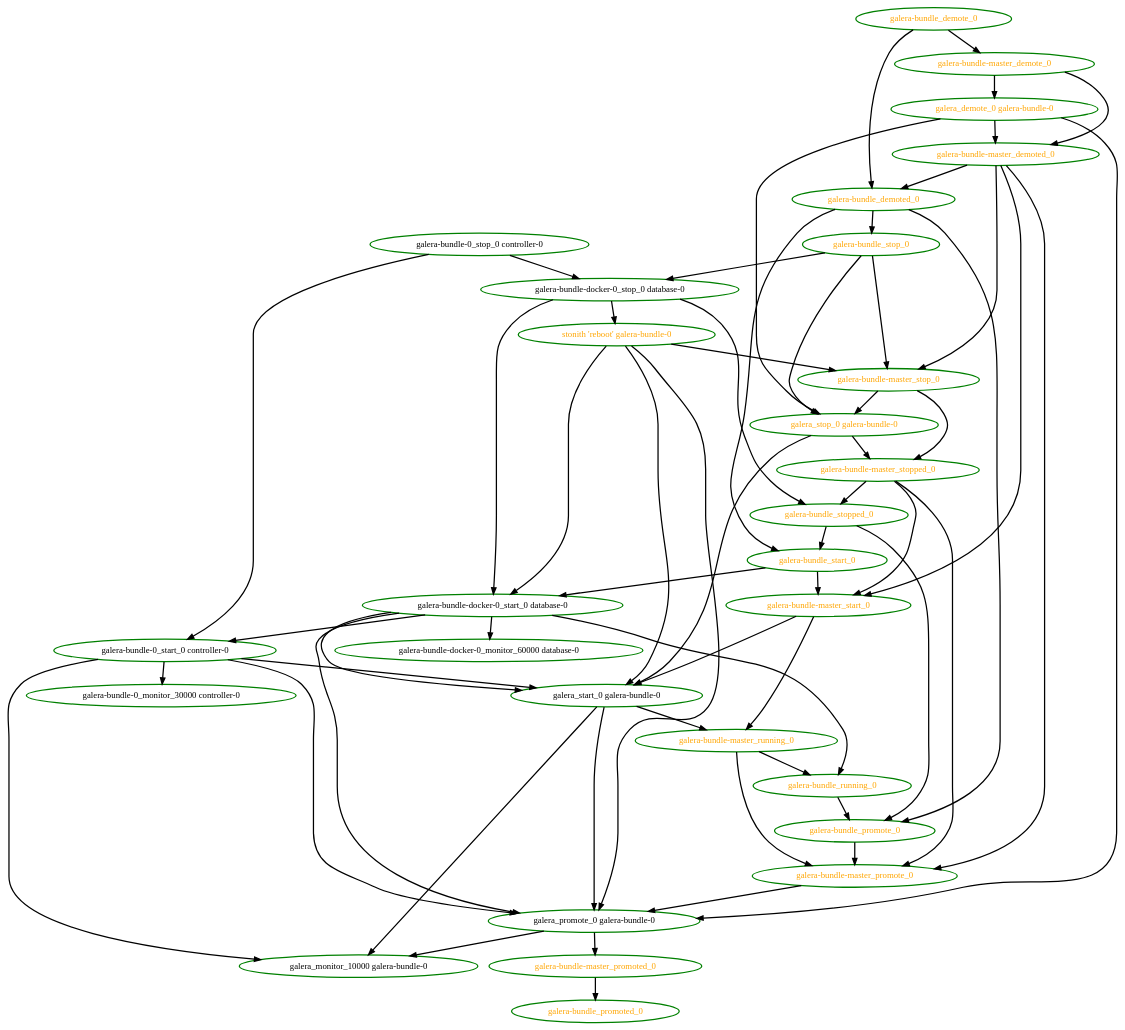
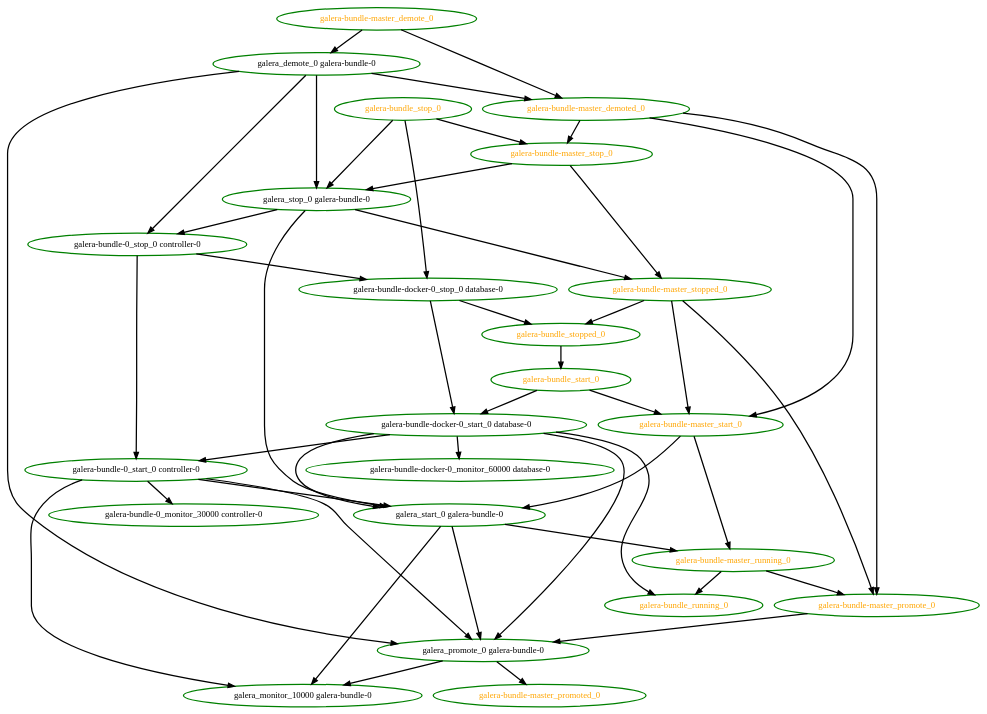
One commit to ClusterLabs/pacemaker changed the diagram in cts/scheduler/dot/nested-remote-recovery.dot. Above: the diagram before and after it, drawn with Graphviz. The commit also changed 21 other files, not shown here.

```diff
--- a/cts/scheduler/dot/nested-remote-recovery.dot
+++ b/cts/scheduler/dot/nested-remote-recovery.dot
@@ -1,89 +1,71 @@
  digraph "g" {
 "galera-bundle-0_monitor_30000 controller-0" [ style=bold color="green" fontcolor="black"]
 "galera-bundle-0_start_0 controller-0" -> "galera-bundle-0_monitor_30000 controller-0" [ style = bold]
 "galera-bundle-0_start_0 controller-0" -> "galera_monitor_10000 galera-bundle-0" [ style = bold]
 "galera-bundle-0_start_0 controller-0" -> "galera_promote_0 galera-bundle-0" [ style = bold]
 "galera-bundle-0_start_0 controller-0" -> "galera_start_0 galera-bundle-0" [ style = bold]
 "galera-bundle-0_start_0 controller-0" [ style=bold color="green" fontcolor="black"]
 "galera-bundle-0_stop_0 controller-0" -> "galera-bundle-0_start_0 controller-0" [ style = bold]
 "galera-bundle-0_stop_0 controller-0" -> "galera-bundle-docker-0_stop_0 database-0" [ style = bold]
 "galera-bundle-0_stop_0 controller-0" [ style=bold color="green" fontcolor="black"]
 "galera-bundle-docker-0_monitor_60000 database-0" [ style=bold color="green" fontcolor="black"]
 "galera-bundle-docker-0_start_0 database-0" -> "galera-bundle-0_start_0 controller-0" [ style = bold]
 "galera-bundle-docker-0_start_0 database-0" -> "galera-bundle-docker-0_monitor_60000 database-0" [ style = bold]
 "galera-bundle-docker-0_start_0 database-0" -> "galera-bundle_running_0" [ style = bold]
 "galera-bundle-docker-0_start_0 database-0" -> "galera_promote_0 galera-bundle-0" [ style = bold]
 "galera-bundle-docker-0_start_0 database-0" -> "galera_start_0 galera-bundle-0" [ style = bold]
 "galera-bundle-docker-0_start_0 database-0" [ style=bold color="green" fontcolor="black"]
 "galera-bundle-docker-0_stop_0 database-0" -> "galera-bundle-docker-0_start_0 database-0" [ style = bold]
 "galera-bundle-docker-0_stop_0 database-0" -> "galera-bundle_stopped_0" [ style = bold]
-"galera-bundle-docker-0_stop_0 database-0" -> "stonith 'reboot' galera-bundle-0" [ style = bold]
 "galera-bundle-docker-0_stop_0 database-0" [ style=bold color="green" fontcolor="black"]
 "galera-bundle-master_demote_0" -> "galera-bundle-master_demoted_0" [ style = bold]
 "galera-bundle-master_demote_0" -> "galera_demote_0 galera-bundle-0" [ style = bold]
 "galera-bundle-master_demote_0" [ style=bold color="green" fontcolor="orange"]
 "galera-bundle-master_demoted_0" -> "galera-bundle-master_promote_0" [ style = bold]
 "galera-bundle-master_demoted_0" -> "galera-bundle-master_start_0" [ style = bold]
 "galera-bundle-master_demoted_0" -> "galera-bundle-master_stop_0" [ style = bold]
-"galera-bundle-master_demoted_0" -> "galera-bundle_demoted_0" [ style = bold]
 "galera-bundle-master_demoted_0" [ style=bold color="green" fontcolor="orange"]
 "galera-bundle-master_promote_0" -> "galera_promote_0 galera-bundle-0" [ style = bold]
 "galera-bundle-master_promote_0" [ style=bold color="green" fontcolor="orange"]
-"galera-bundle-master_promoted_0" -> "galera-bundle_promoted_0" [ style = bold]
 "galera-bundle-master_promoted_0" [ style=bold color="green" fontcolor="orange"]
 "galera-bundle-master_running_0" -> "galera-bundle-master_promote_0" [ style = bold]
 "galera-bundle-master_running_0" -> "galera-bundle_running_0" [ style = bold]
 "galera-bundle-master_running_0" [ style=bold color="green" fontcolor="orange"]
 "galera-bundle-master_start_0" -> "galera-bundle-master_running_0" [ style = bold]
 "galera-bundle-master_start_0" -> "galera_start_0 galera-bundle-0" [ style = bold]
 "galera-bundle-master_start_0" [ style=bold color="green" fontcolor="orange"]
 "galera-bundle-master_stop_0" -> "galera-bundle-master_stopped_0" [ style = bold]
 "galera-bundle-master_stop_0" -> "galera_stop_0 galera-bundle-0" [ style = bold]
 "galera-bundle-master_stop_0" [ style=bold color="green" fontcolor="orange"]
 "galera-bundle-master_stopped_0" -> "galera-bundle-master_promote_0" [ style = bold]
 "galera-bundle-master_stopped_0" -> "galera-bundle-master_start_0" [ style = bold]
 "galera-bundle-master_stopped_0" -> "galera-bundle_stopped_0" [ style = bold]
 "galera-bundle-master_stopped_0" [ style=bold color="green" fontcolor="orange"]
-"galera-bundle_demote_0" -> "galera-bundle-master_demote_0" [ style = bold]
-"galera-bundle_demote_0" -> "galera-bundle_demoted_0" [ style = bold]
-"galera-bundle_demote_0" [ style=bold color="green" fontcolor="orange"]
-"galera-bundle_demoted_0" -> "galera-bundle_promote_0" [ style = bold]
-"galera-bundle_demoted_0" -> "galera-bundle_start_0" [ style = bold]
-"galera-bundle_demoted_0" -> "galera-bundle_stop_0" [ style = bold]
-"galera-bundle_demoted_0" [ style=bold color="green" fontcolor="orange"]
-"galera-bundle_promote_0" -> "galera-bundle-master_promote_0" [ style = bold]
-"galera-bundle_promote_0" [ style=bold color="green" fontcolor="orange"]
-"galera-bundle_promoted_0" [ style=bold color="green" fontcolor="orange"]
-"galera-bundle_running_0" -> "galera-bundle_promote_0" [ style = bold]
 "galera-bundle_running_0" [ style=bold color="green" fontcolor="orange"]
 "galera-bundle_start_0" -> "galera-bundle-docker-0_start_0 database-0" [ style = bold]
 "galera-bundle_start_0" -> "galera-bundle-master_start_0" [ style = bold]
 "galera-bundle_start_0" [ style=bold color="green" fontcolor="orange"]
 "galera-bundle_stop_0" -> "galera-bundle-docker-0_stop_0 database-0" [ style = bold]
 "galera-bundle_stop_0" -> "galera-bundle-master_stop_0" [ style = bold]
 "galera-bundle_stop_0" -> "galera_stop_0 galera-bundle-0" [ style = bold]
 "galera-bundle_stop_0" [ style=bold color="green" fontcolor="orange"]
-"galera-bundle_stopped_0" -> "galera-bundle_promote_0" [ style = bold]
 "galera-bundle_stopped_0" -> "galera-bundle_start_0" [ style = bold]
 "galera-bundle_stopped_0" [ style=bold color="green" fontcolor="orange"]
+"galera_demote_0 galera-bundle-0" -> "galera-bundle-0_stop_0 controller-0" [ style = bold]
 "galera_demote_0 galera-bundle-0" -> "galera-bundle-master_demoted_0" [ style = bold]
 "galera_demote_0 galera-bundle-0" -> "galera_promote_0 galera-bundle-0" [ style = bold]
 "galera_demote_0 galera-bundle-0" -> "galera_stop_0 galera-bundle-0" [ style = bold]
-"galera_demote_0 galera-bundle-0" [ style=bold color="green" fontcolor="orange"]
+"galera_demote_0 galera-bundle-0" [ style=bold color="green" fontcolor="black"]
 "galera_monitor_10000 galera-bundle-0" [ style=bold color="green" fontcolor="black"]
 "galera_promote_0 galera-bundle-0" -> "galera-bundle-master_promoted_0" [ style = bold]
 "galera_promote_0 galera-bundle-0" -> "galera_monitor_10000 galera-bundle-0" [ style = bold]
 "galera_promote_0 galera-bundle-0" [ style=bold color="green" fontcolor="black"]
 "galera_start_0 galera-bundle-0" -> "galera-bundle-master_running_0" [ style = bold]
 "galera_start_0 galera-bundle-0" -> "galera_monitor_10000 galera-bundle-0" [ style = bold]
 "galera_start_0 galera-bundle-0" -> "galera_promote_0 galera-bundle-0" [ style = bold]
 "galera_start_0 galera-bundle-0" [ style=bold color="green" fontcolor="black"]
+"galera_stop_0 galera-bundle-0" -> "galera-bundle-0_stop_0 controller-0" [ style = bold]
 "galera_stop_0 galera-bundle-0" -> "galera-bundle-master_stopped_0" [ style = bold]
 "galera_stop_0 galera-bundle-0" -> "galera_start_0 galera-bundle-0" [ style = bold]
-"galera_stop_0 galera-bundle-0" [ style=bold color="green" fontcolor="orange"]
-"stonith 'reboot' galera-bundle-0" -> "galera-bundle-docker-0_start_0 database-0" [ style = bold]
-"stonith 'reboot' galera-bundle-0" -> "galera-bundle-master_stop_0" [ style = bold]
-"stonith 'reboot' galera-bundle-0" -> "galera_promote_0 galera-bundle-0" [ style = bold]
-"stonith 'reboot' galera-bundle-0" -> "galera_start_0 galera-bundle-0" [ style = bold]
-"stonith 'reboot' galera-bundle-0" [ style=bold color="green" fontcolor="orange"]
+"galera_stop_0 galera-bundle-0" [ style=bold color="green" fontcolor="black"]
 }
```
